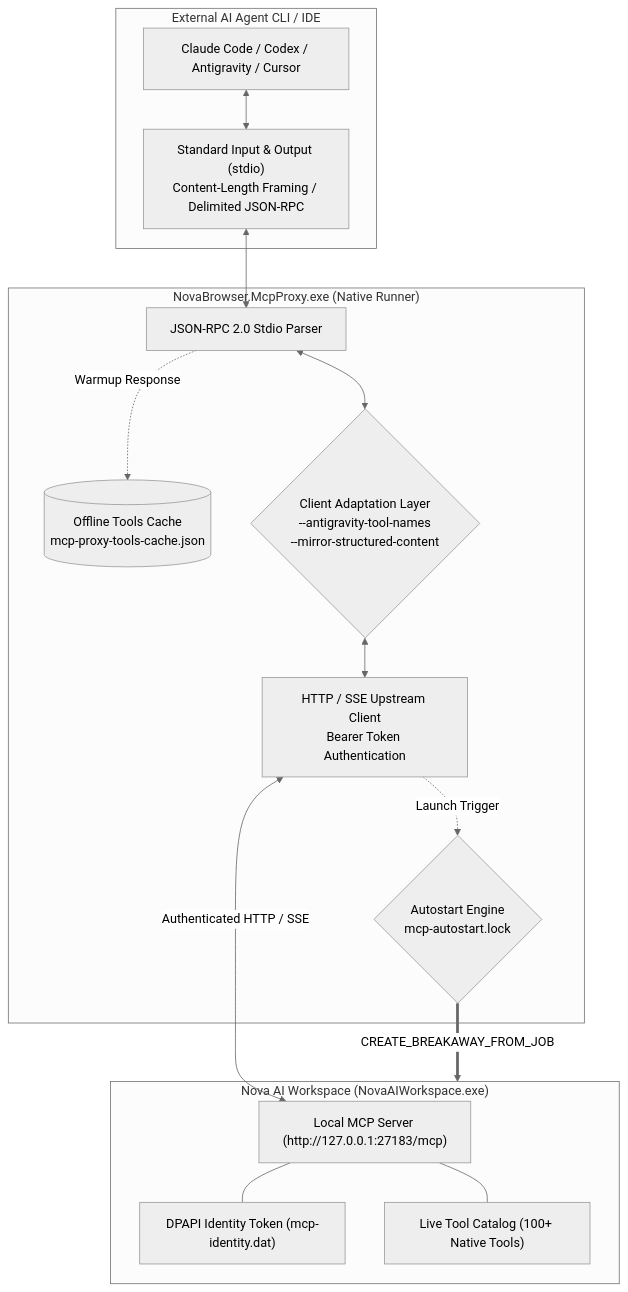
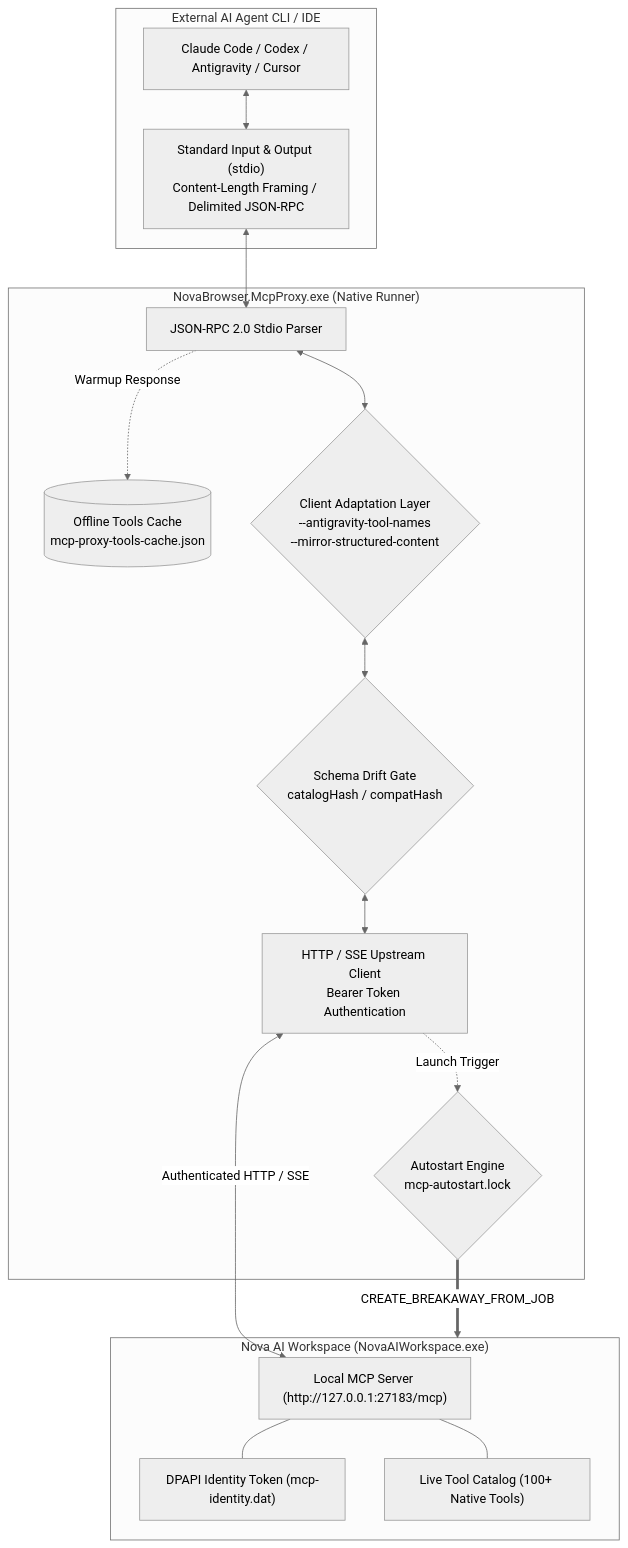
One commit to joelaniol/nova changed the first of 6 diagrams in docs/components/mcp-proxy.md. Above: the diagram before and after it, drawn with Mermaid (neutral theme). The commit also changed other lines of this file and 1 other file, not shown here.

Commit message:
docs(mcp): document schema drift gate, outcome-unknown safety, and error code taxonomy

````diff
--- a/docs/components/mcp-proxy.md
+++ b/docs/components/mcp-proxy.md
@@ -8,34 +8,36 @@
 ```mermaid
 flowchart TD
     subgraph AgentClient ["External AI Agent CLI / IDE"]
         Client["Claude Code / Codex / Antigravity / Cursor"]
         Transport["Standard Input & Output (stdio)<br/>Content-Length Framing / Delimited JSON-RPC"]
         Client <--> Transport
     end
 
     subgraph McpProxy ["NovaBrowser.McpProxy.exe (Native Runner)"]
         StdioBridge["JSON-RPC 2.0 Stdio Parser"]
+        DriftGate{"Schema Drift Gate<br/>catalogHash / compatHash"}
         ToolCache[("Offline Tools Cache<br/>mcp-proxy-tools-cache.json")]
         AutostartEngine{"Autostart Engine<br/>mcp-autostart.lock"}
         UpstreamClient["HTTP / SSE Upstream Client<br/>Bearer Token Authentication"]
         Adaptation{"Client Adaptation Layer<br/>--antigravity-tool-names<br/>--mirror-structured-content"}
         
         StdioBridge <--> Adaptation
-        Adaptation <--> UpstreamClient
+        Adaptation <--> DriftGate
+        DriftGate <--> UpstreamClient
         StdioBridge -.->|"Warmup Response"| ToolCache
         UpstreamClient -.->|"Launch Trigger"| AutostartEngine
     end
 
     subgraph NovaApp ["Nova AI Workspace (NovaAIWorkspace.exe)"]
         LocalServer["Local MCP Server (http://127.0.0.1:27183/mcp)"]
         IdentityVault["DPAPI Identity Token (mcp-identity.dat)"]
         ToolCatalog["Live Tool Catalog (100+ Native Tools)"]
         
         LocalServer --- IdentityVault
         LocalServer --- ToolCatalog
     end
 
     Transport <--> StdioBridge
     UpstreamClient <-->|"Authenticated HTTP / SSE"| LocalServer
     AutostartEngine ==>|"CREATE_BREAKAWAY_FROM_JOB"| NovaApp
 ```
````
